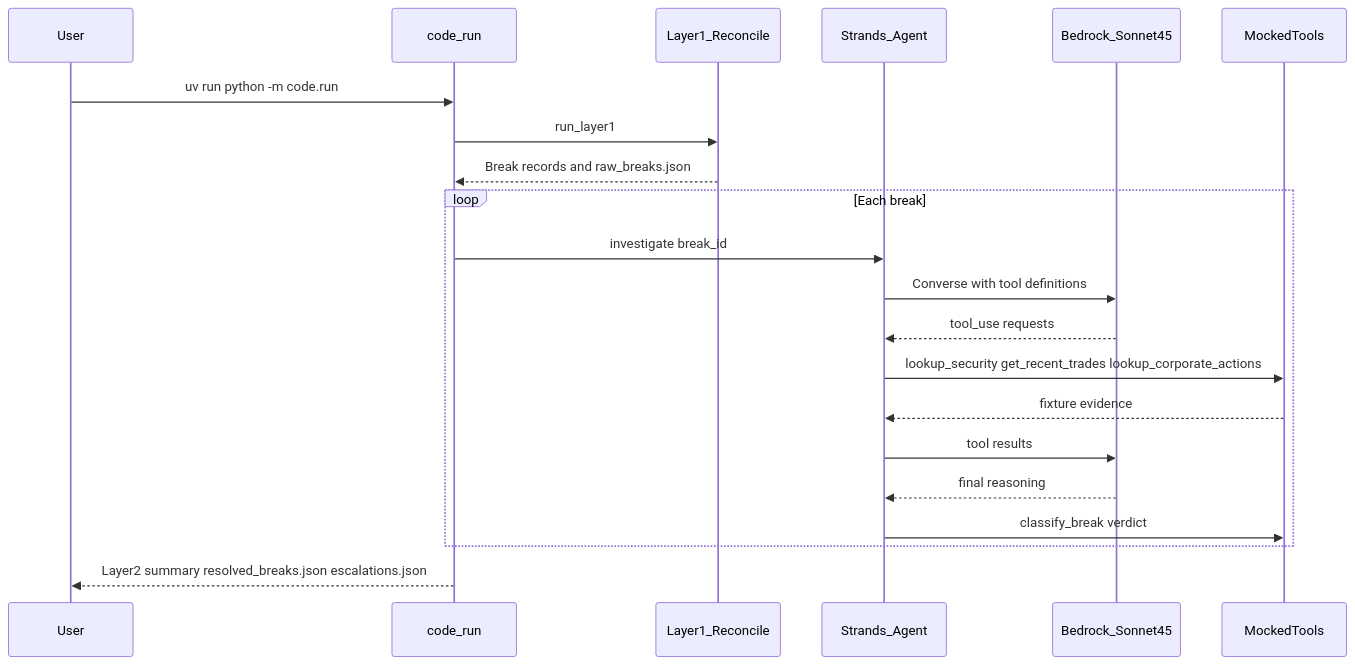
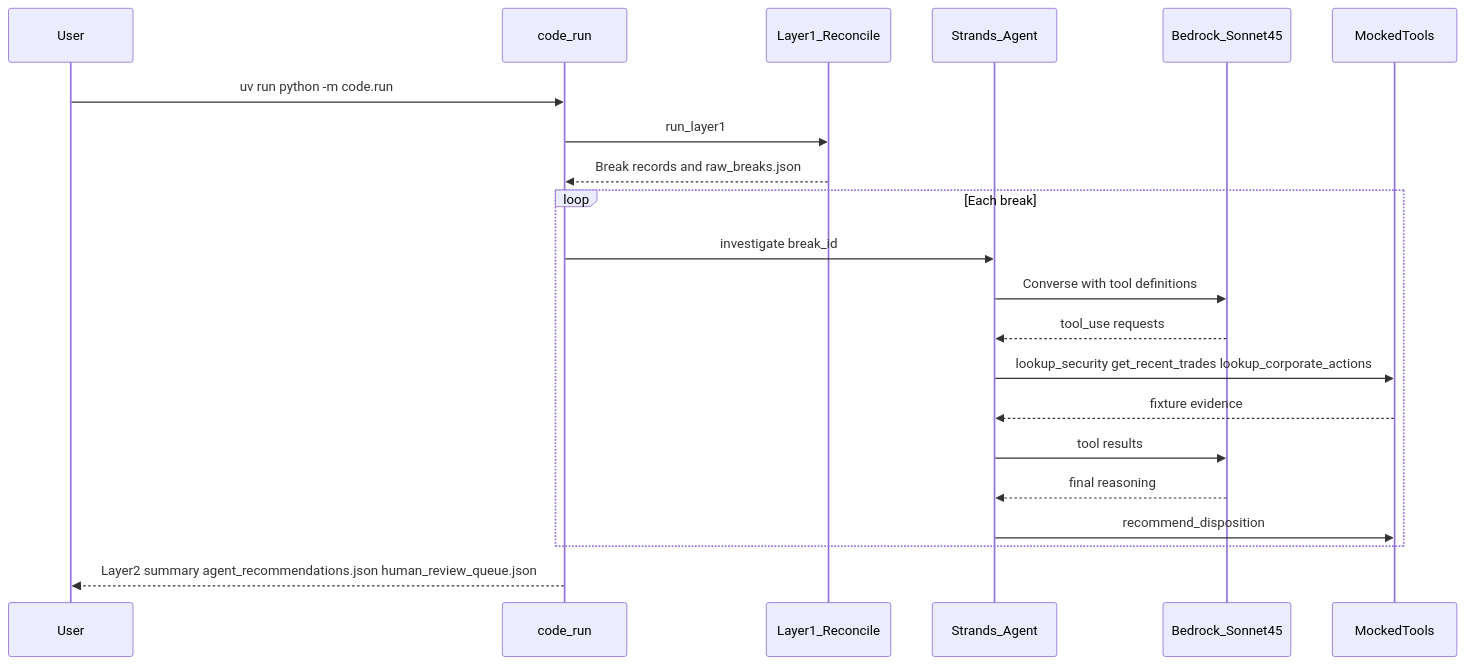
One commit to skiingfalcon/securities-recon changed the third of 3 diagrams in README.md. Above: the diagram before and after it, drawn with Mermaid. The commit also changed other lines of this file and 11 other files, not shown here.

````diff
--- a/README.md
+++ b/README.md
@@ -560,24 +562,24 @@
 ```mermaid
 sequenceDiagram
     participant User
     participant Run as code_run
     participant L1 as Layer1_Reconcile
     participant Agent as Strands_Agent
     participant Bedrock as Bedrock_Sonnet45
     participant Tools as MockedTools
 
     User->>Run: uv run python -m code.run
     Run->>L1: run_layer1
     L1-->>Run: Break records and raw_breaks.json
     loop Each break
         Run->>Agent: investigate break_id
         Agent->>Bedrock: Converse with tool definitions
         Bedrock-->>Agent: tool_use requests
         Agent->>Tools: lookup_security get_recent_trades lookup_corporate_actions
         Tools-->>Agent: fixture evidence
         Agent->>Bedrock: tool results
         Bedrock-->>Agent: final reasoning
-        Agent->>Tools: classify_break verdict
+        Agent->>Tools: recommend_disposition
     end
-    Run-->>User: Layer2 summary resolved_breaks.json escalations.json
+    Run-->>User: Layer2 summary agent_recommendations.json human_review_queue.json
 ```
````
